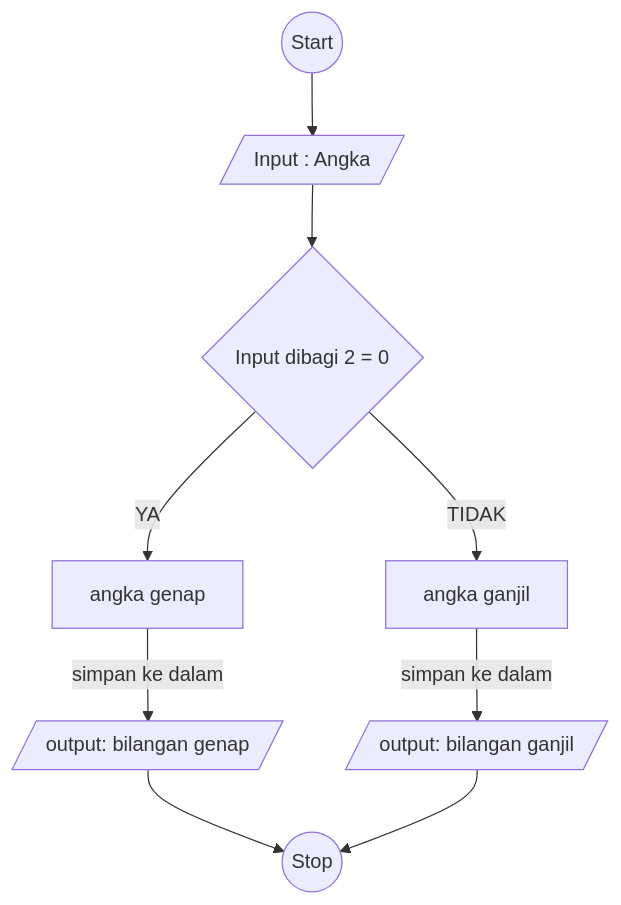
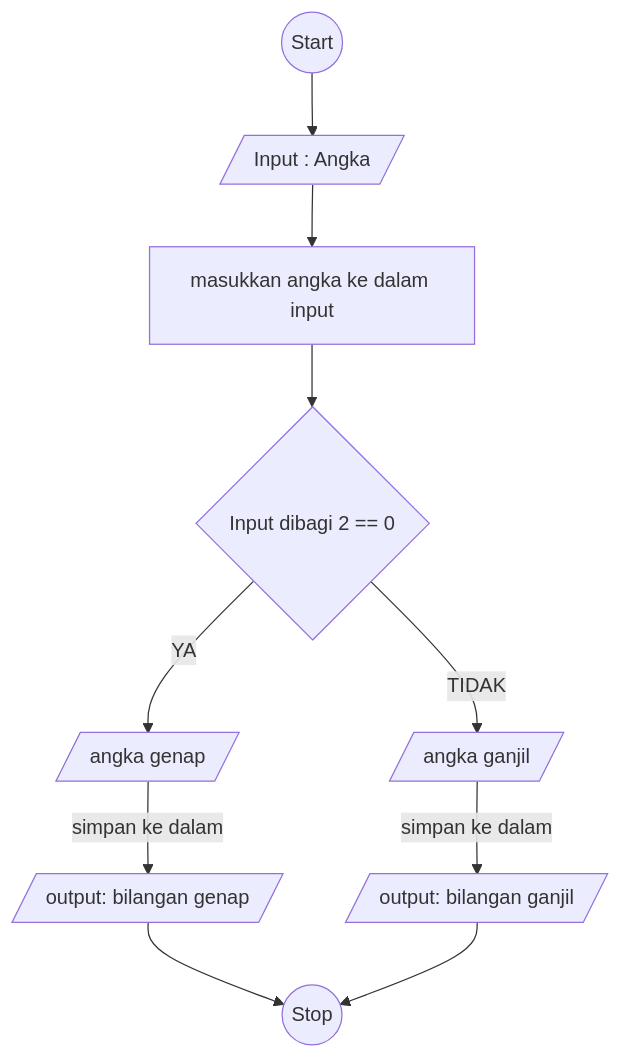
One commit to makarim22/koda-b6-algoritma changed the diagram in flowchart-ganjil-genap.md. Above: the diagram before and after it, drawn with Mermaid.

````diff
--- a/flowchart-ganjil-genap.md
+++ b/flowchart-ganjil-genap.md
@@ -4,25 +4,27 @@
 ```mermaid
 flowchart TD
     A@{ shape: circle, label: "Start" } -->C
 
-    C@{ shape: lean-r, label: "Input : Angka" } --> E
+    C@{ shape: lean-r, label: "Input : Angka" } --> Z
 
-    E@{ shape: diamond, label: "Input dibagi 2 = 0" } 
+    Z@{ shape: rect, label: "masukkan angka ke dalam input" } -->E
+
+    E@{ shape: diamond, label: "Input dibagi 2 == 0" } 
 
     E -- YA --> G
 
     E -- TIDAK --> F
 
-    G@{ shape: rect, label: "angka genap" } -->|simpan ke dalam| H
+    G@{ shape: lean-r, label: "angka genap" } -->|simpan ke dalam| H
 
-    F@{ shape: rect, label: "angka ganjil" } -->|simpan ke dalam| I
+    F@{ shape: lean-r, label: "angka ganjil" } -->|simpan ke dalam| I
 
     H@{ shape: lean-r, label: "output: bilangan genap"} --> B
 
     I@{ shape: lean-r, label: "output: bilangan ganjil"} --> B
 
 
 
     B@{ shape: circle, label: "Stop" }
 
 ```
````
